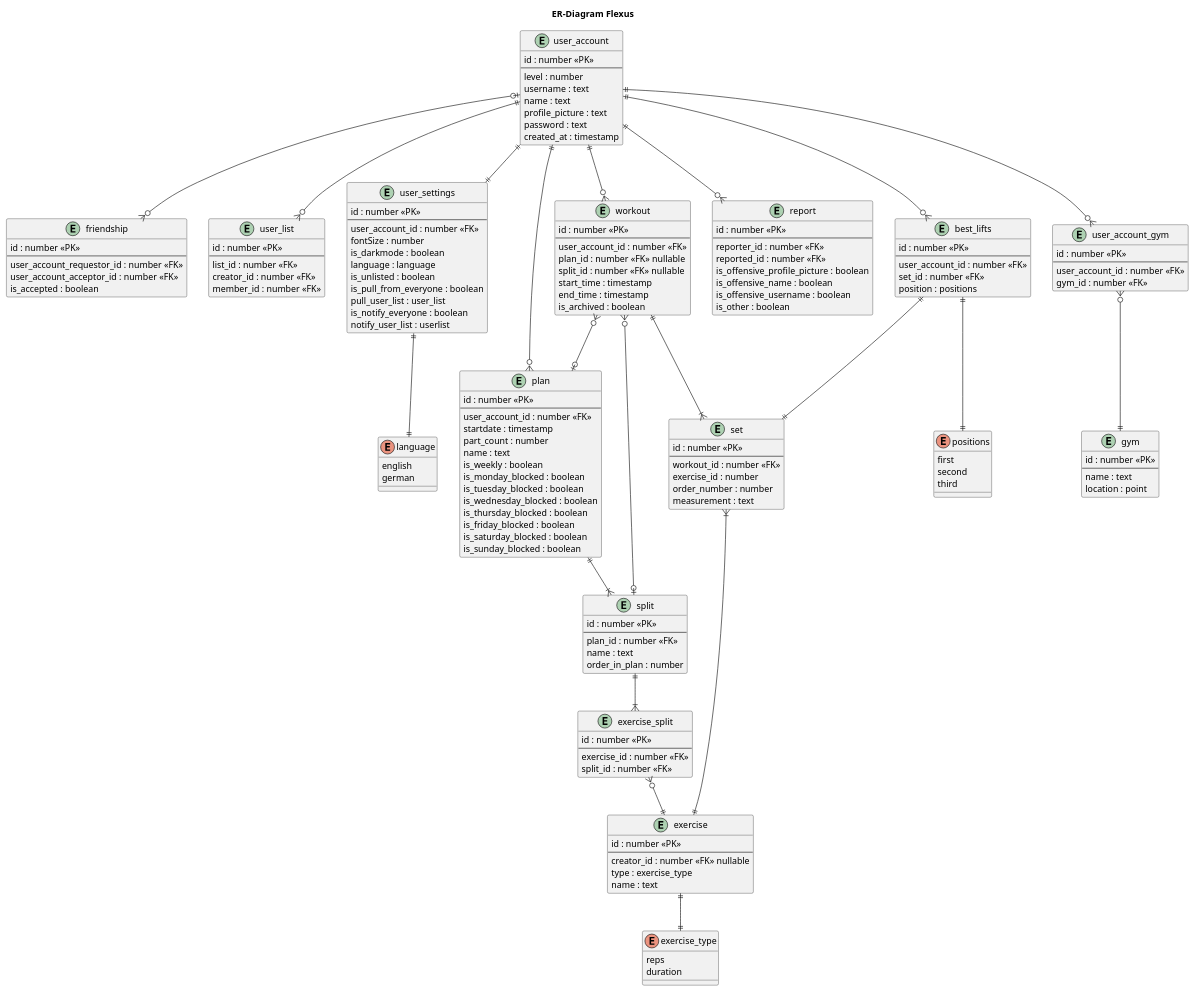
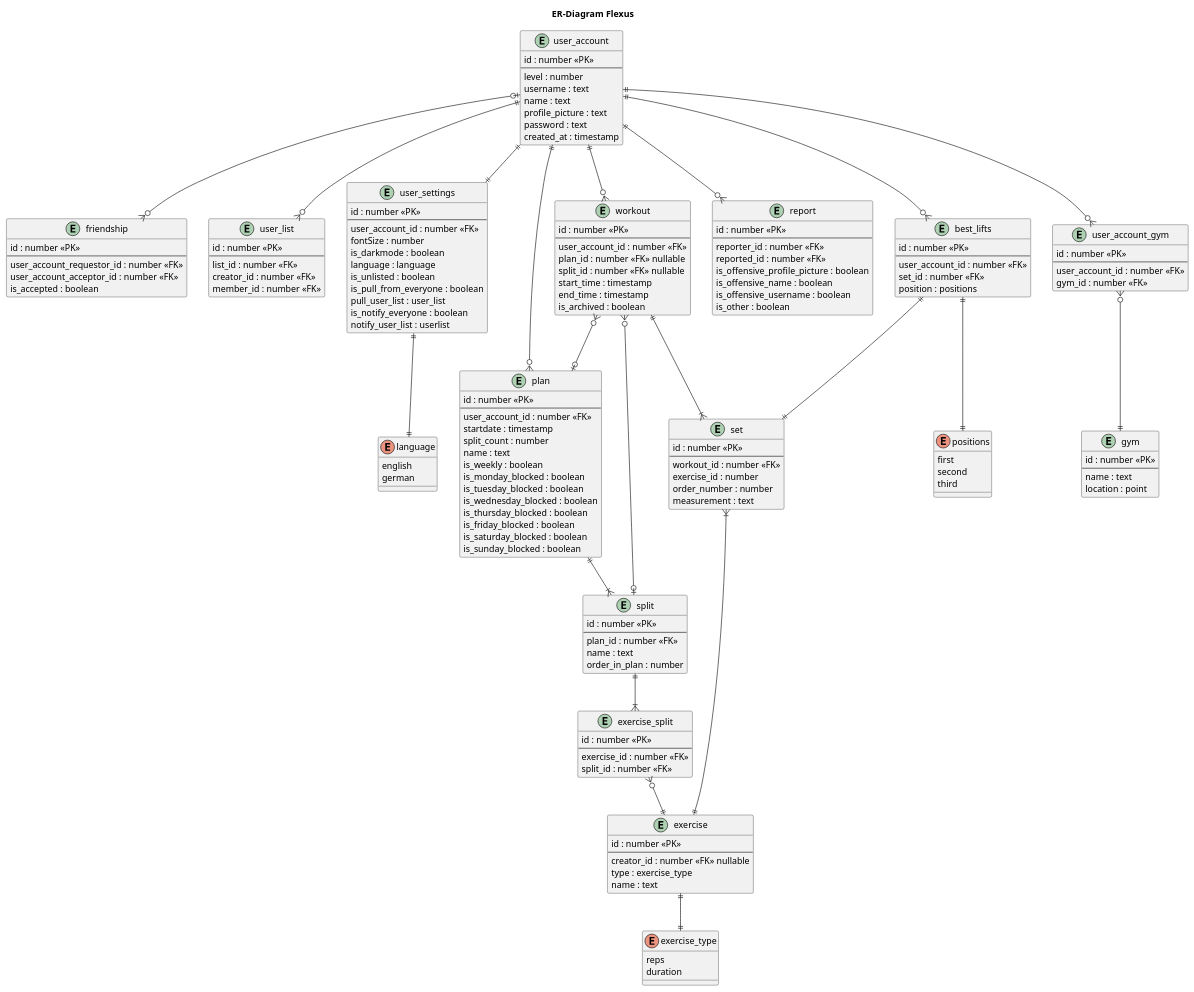
Before and after one commit to danielholzwarth/flexus: the diagram in backend/docs/er-diagram-postgres.plantuml, drawn with PlantUML. The commit also changed 14 other files, not shown here.

```diff
--- a/backend/docs/er-diagram-postgres.plantuml
+++ b/backend/docs/er-diagram-postgres.plantuml
@@ -1,178 +1,178 @@
 @startuml test
 title ER-Diagram Flexus
 
 entity user_account {
     id : number <<PK>>
     --
     level : number
     username : text
     name : text
     profile_picture : text
     password : text
     created_at : timestamp
 }
 
 entity friendship {
     id : number <<PK>>
     --
     user_account_requestor_id : number <<FK>>
     user_account_acceptor_id : number <<FK>>
     is_accepted : boolean
 }
 
 entity user_list {
     id : number <<PK>>
     --
     list_id : number <<FK>>
     creator_id : number <<FK>>
     member_id : number <<FK>>
 }
 
 
 entity user_settings {
     id : number <<PK>>
     --
     user_account_id : number <<FK>>
     fontSize : number
     is_darkmode : boolean
     language : language
     is_unlisted : boolean
     is_pull_from_everyone : boolean
     pull_user_list : user_list
     is_notify_everyone : boolean
     notify_user_list : userlist
 }
 
 entity plan {
     id : number <<PK>>
     --
     user_account_id : number <<FK>>
     startdate : timestamp
-    part_count : number
+    split_count : number
     name : text
     is_weekly : boolean
     is_monday_blocked : boolean
     is_tuesday_blocked : boolean
     is_wednesday_blocked : boolean
     is_thursday_blocked : boolean
     is_friday_blocked : boolean
     is_saturday_blocked : boolean
     is_sunday_blocked : boolean
 }
 
 entity split {
     id : number <<PK>>
     --
     plan_id : number <<FK>>
     name : text
     order_in_plan : number
 }
 
 entity exercise {
     id : number <<PK>>
     --
     creator_id : number <<FK>> nullable
     type : exercise_type
     name : text
 }
 
 entity set {
     id : number <<PK>>
     --
     workout_id : number <<FK>>
     exercise_id : number
     order_number : number
     measurement : text
 }
 
 entity workout {
     id : number <<PK>>
     --
     user_account_id : number <<FK>>
     plan_id : number <<FK>> nullable
     split_id : number <<FK>> nullable
     start_time : timestamp
     end_time : timestamp
     is_archived : boolean
 }
 
 entity gym {
     id : number <<PK>>
     --
     name : text
     location : point
 }
 
 entity report {
     id : number <<PK>>
     --
     reporter_id : number <<FK>>
     reported_id : number <<FK>>
     is_offensive_profile_picture : boolean
     is_offensive_name : boolean
     is_offensive_username : boolean
     is_other : boolean
 }
 
 entity user_account_gym {
     id : number <<PK>>
     --
     user_account_id : number <<FK>>
     gym_id : number <<FK>>
 }
 
 entity exercise_split {
     id : number <<PK>>
     --
     exercise_id : number <<FK>>
     split_id : number <<FK>>
 }
 
 entity best_lifts {
     id : number <<PK>>
     --
     user_account_id : number <<FK>>
     set_id : number <<FK>>
     position : positions
 }
 
 enum exercise_type {
     reps
     duration
 }
 
 
 enum language {
     english
     german
 }
 
 enum positions {
     first
     second
     third
 }
 
 
 user_account ||--|| user_settings
 user_account ||--o{ user_account_gym
 user_account_gym }o--|| gym 
 user_account |o--o{ friendship
 user_account ||--o{ user_list
 user_account ||--o{ workout 
 user_account ||--o{ report 
 user_account ||--o{ best_lifts
 user_settings ||--|| language
 best_lifts ||--|| set
 best_lifts ||--|| positions
 exercise ||--|| exercise_type
 user_account ||--o{ plan
 plan ||--|{ split
 split ||--|{ exercise_split
 exercise_split }o--|| exercise
 set }|--|| exercise
 workout }o--o| plan
 workout }o--o| split
 workout ||--|{ set
 
 @enduml
```
